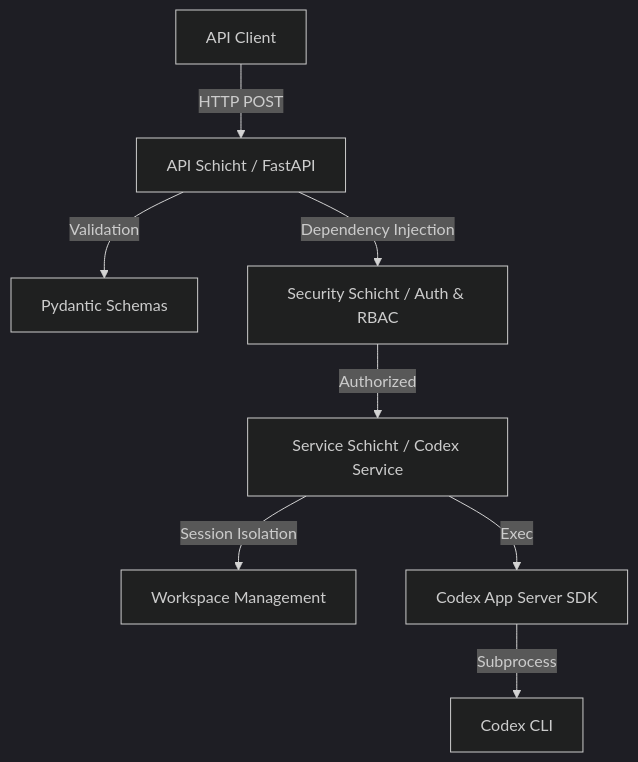
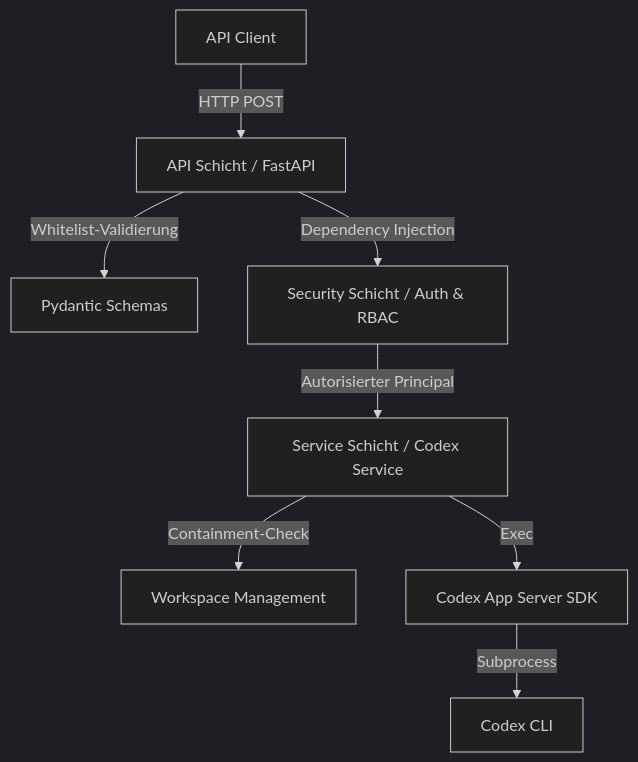
The diagram in README.de.md (RainerGa/AIExecutionGateway), drawn with Mermaid (dark theme) before and after one commit. The commit also changed other lines of this file and 1 other file, not shown here.

````diff
--- a/README.de.md
+++ b/README.de.md
@@ -29,10 +34,10 @@
 ```mermaid
 graph TD
     Client[API Client] -->|HTTP POST| API[API Schicht / FastAPI]
-    API -->|Validation| Schema[Pydantic Schemas]
+    API -->|Whitelist-Validierung| Schema[Pydantic Schemas]
     API -->|Dependency Injection| Security[Security Schicht / Auth & RBAC]
-    Security -->|Authorized| Service[Service Schicht / Codex Service]
-    Service -->|Session Isolation| Workspace[Workspace Management]
+    Security -->|Autorisierter Principal| Service[Service Schicht / Codex Service]
+    Service -->|Containment-Check| Workspace[Workspace Management]
     Service -->|Exec| SDK[Codex App Server SDK]
     SDK -->|Subprocess| CLI[Codex CLI]
 ```
````
